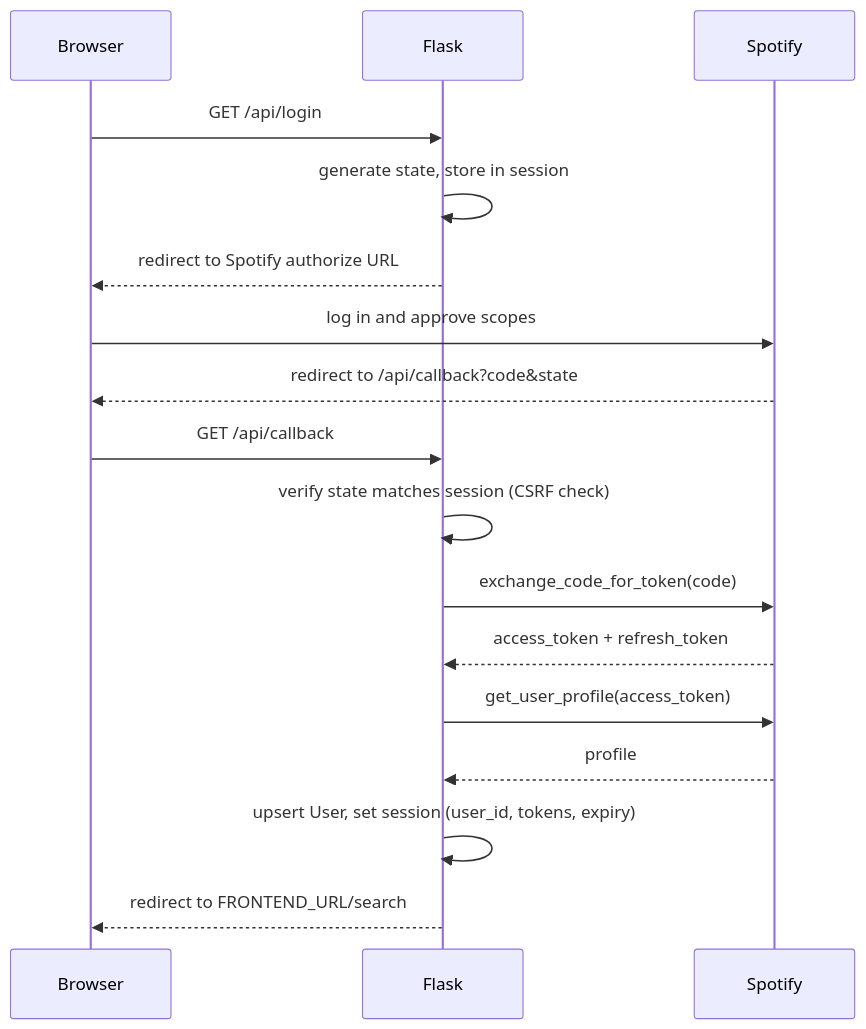
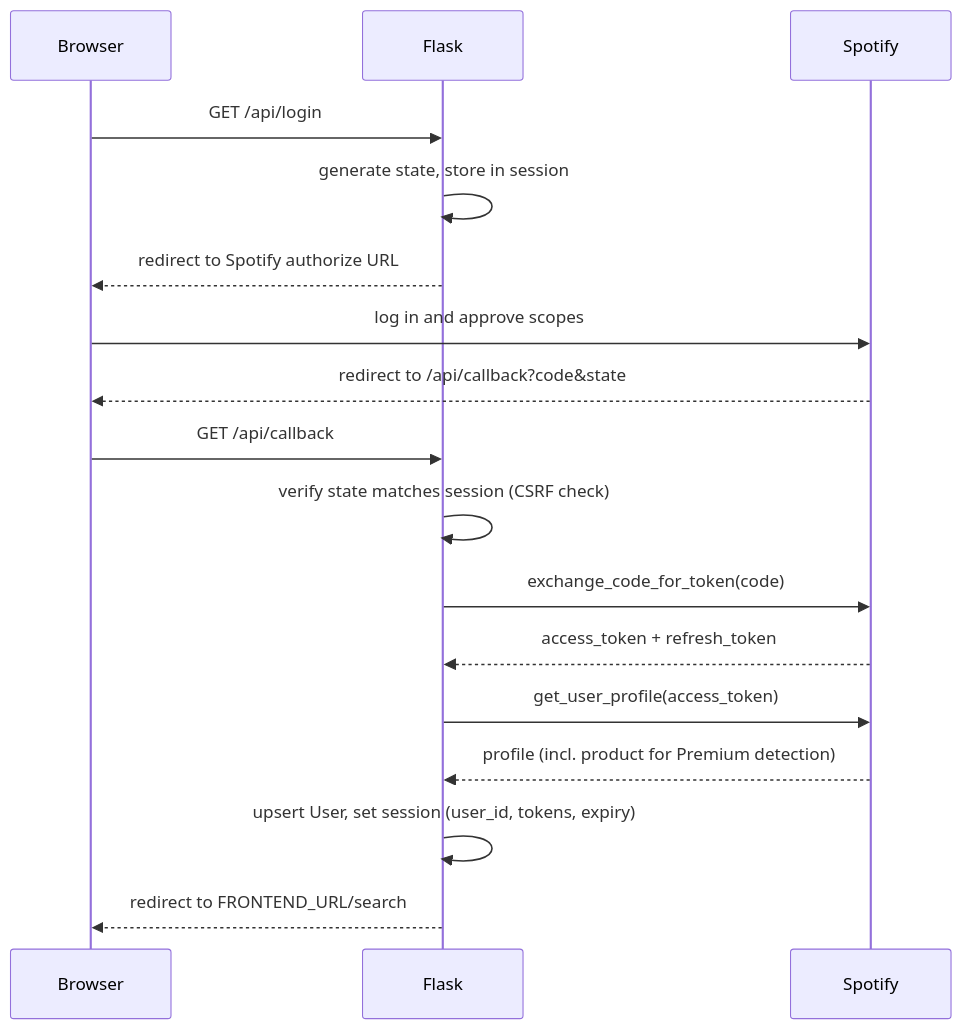
Before and after one commit to ishraqb/Linguify: the second of 4 diagrams in docs/ARCHITECTURE.md, drawn with Mermaid. The commit also changed other lines of this file, not shown here.

Commit message:
Updated ARCHITECTURE.md file to reflect Project 3 changes

````diff
--- a/docs/ARCHITECTURE.md
+++ b/docs/ARCHITECTURE.md
@@ -76,20 +114,20 @@
 ```mermaid
 sequenceDiagram
     participant User as Browser
     participant Flask
     participant Spotify
 
     User->>Flask: GET /api/login
     Flask->>Flask: generate state, store in session
     Flask-->>User: redirect to Spotify authorize URL
     User->>Spotify: log in and approve scopes
     Spotify-->>User: redirect to /api/callback?code&state
     User->>Flask: GET /api/callback
     Flask->>Flask: verify state matches session (CSRF check)
     Flask->>Spotify: exchange_code_for_token(code)
     Spotify-->>Flask: access_token + refresh_token
     Flask->>Spotify: get_user_profile(access_token)
-    Spotify-->>Flask: profile
+    Spotify-->>Flask: profile (incl. product for Premium detection)
     Flask->>Flask: upsert User, set session (user_id, tokens, expiry)
     Flask-->>User: redirect to FRONTEND_URL/search
 ```
````
